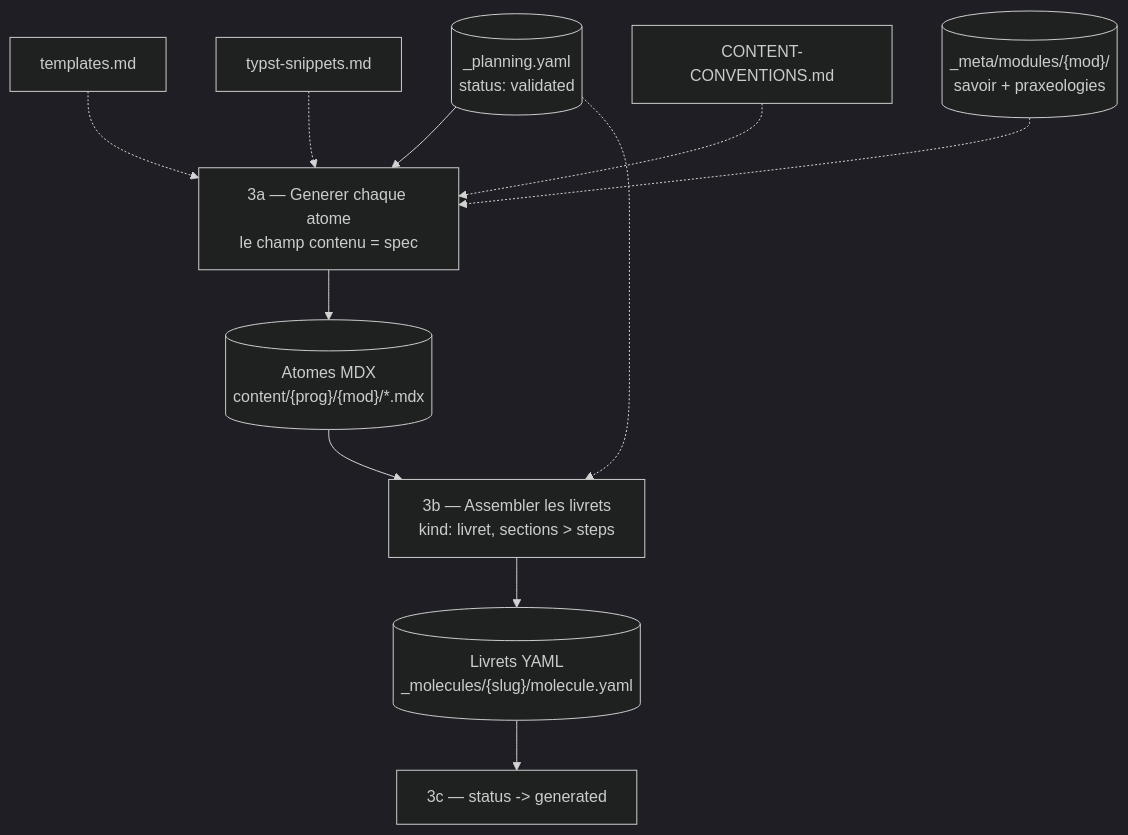
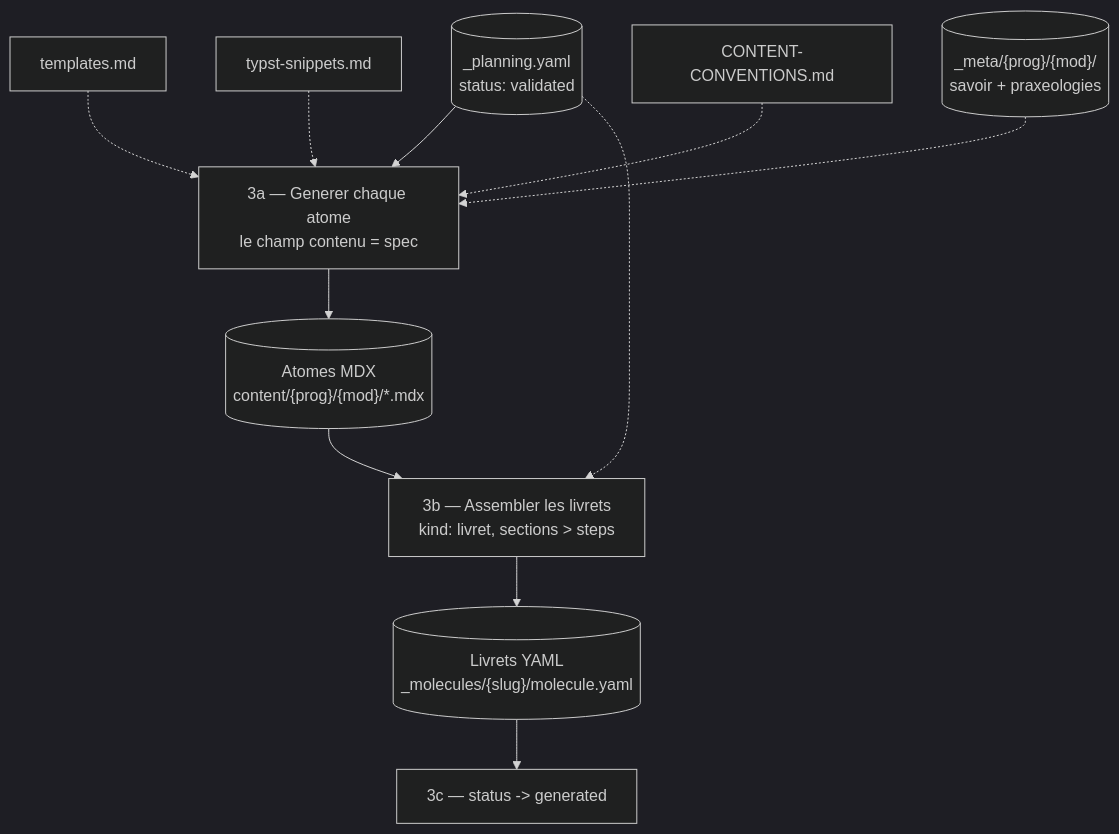
The sixth of 8 diagrams in docs/content-agentic-workflow.md (bilalYezzaGit/learning-web), drawn with Mermaid (dark theme) before and after one commit. The commit also changed other lines of this file and 36 other files, not shown here.

````diff
--- a/docs/content-agentic-workflow.md
+++ b/docs/content-agentic-workflow.md
@@ -272,13 +273,13 @@
 ```mermaid
 flowchart TD
     PlanV[("_planning.yaml\nstatus: validated")] --> GenAtomes["3a — Generer chaque atome\nle champ contenu = spec"]
     TPL["templates.md"] -.-> GenAtomes
     TYPST["typst-snippets.md"] -.-> GenAtomes
     CONV["CONTENT-CONVENTIONS.md"] -.-> GenAtomes
-    META[("_meta/modules/{mod}/\nsavoir + praxeologies")] -.-> GenAtomes
+    META[("_meta/{prog}/{mod}/\nsavoir + praxeologies")] -.-> GenAtomes
     GenAtomes --> Atomes[("Atomes MDX\ncontent/{prog}/{mod}/*.mdx")]
     Atomes --> GenMol["3b — Assembler les livrets\nkind: livret, sections > steps"]
     PlanV -.-> GenMol
     GenMol --> Molecules[("Livrets YAML\n_molecules/{slug}/molecule.yaml")]
     Molecules --> Status["3c — status -> generated"]
 ```
````
